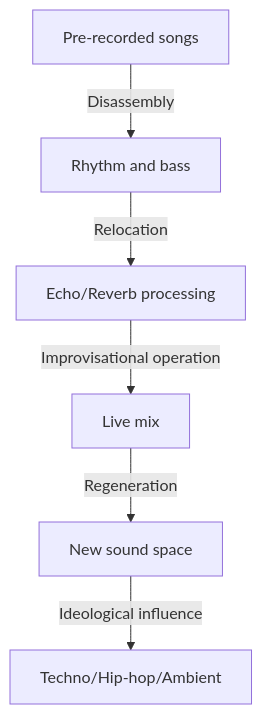
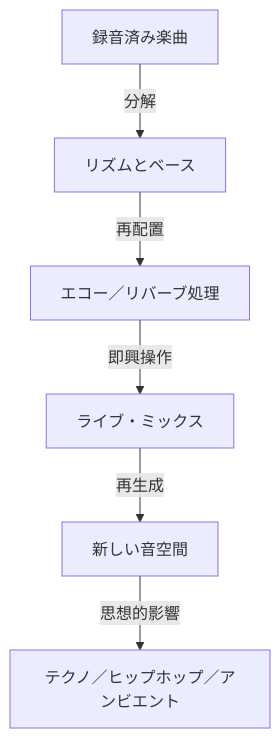
Before and after one commit to monumental-movement/monumental-movement.github.io: the second of 2 diagrams in en/_posts/2025-11-01-column-dub-universe.md, drawn with Mermaid. The commit also changed other lines of this file and 1701 other files, not shown here.

```diff
--- a/en/_posts/2025-11-01-column-dub-universe.md
+++ b/en/_posts/2025-11-01-column-dub-universe.md
@@ -181,10 +177,10 @@
 <div class="mermaid">
 
 graph TD
-A[Pre-recorded songs] -->|Disassembly| B[Rhythm and bass]
-B -->|Relocation| C[Echo/Reverb processing]
-C -->|Improvisational operation| D[Live mix]
-D -->|Regeneration| E[New sound space]
-E -->|Ideological influence| F[Techno/Hip-hop/Ambient]
+  A[録音済み楽曲] -->|分解| B[リズムとベース]
+  B -->|再配置| C[エコー／リバーブ処理]
+  C -->|即興操作| D[ライブ・ミックス]
+  D -->|再生成| E[新しい音空間]
+  E -->|思想的影響| F[テクノ／ヒップホップ／アンビエント]
 
 </div>
```
